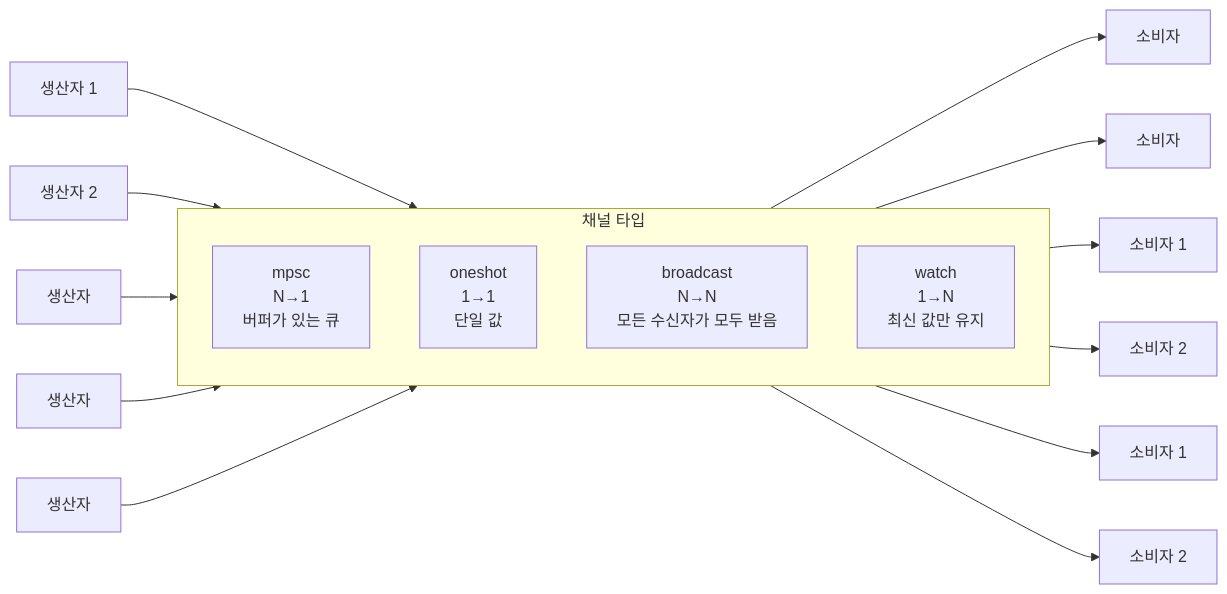
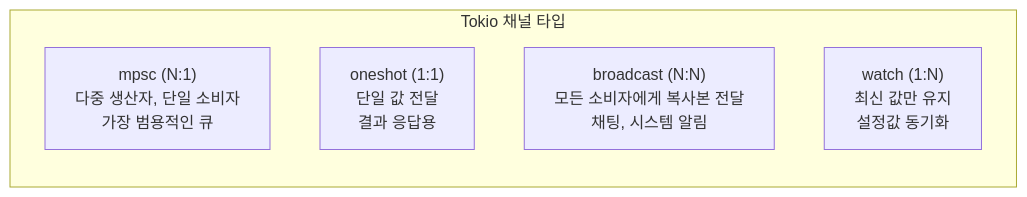
Before and after one commit to partrita/RustTraining: the diagram in async-book/src/ch08-tokio-deep-dive.md, drawn with Mermaid. The commit also changed other lines of this file and 157 other files, not shown here.

````diff
--- a/async-book/src/ch08-tokio-deep-dive.md
+++ b/async-book/src/ch08-tokio-deep-dive.md
@@ -192,25 +39,10 @@
 ```mermaid
 graph LR
-    subgraph "채널 타입"
+    subgraph "Tokio 채널 타입"
         direction TB
-        MPSC["mpsc<br/>N→1<br/>버퍼가 있는 큐"]
-        ONESHOT["oneshot<br/>1→1<br/>단일 값"]
-        BROADCAST["broadcast<br/>N→N<br/>모든 수신자가 모두 받음"]
-        WATCH["watch<br/>1→N<br/>최신 값만 유지"]
+        MPSC["mpsc (N:1)<br/>다중 생산자, 단일 소비자<br/>가장 범용적인 큐"]
+        ONESHOT["oneshot (1:1)<br/>단일 값 전달<br/>결과 응답용"]
+        BROADCAST["broadcast (N:N)<br/>모든 소비자에게 복사본 전달<br/>채팅, 시스템 알림"]
+        WATCH["watch (1:N)<br/>최신 값만 유지<br/>설정값 동기화"]
     end
-
-    P1["생산자 1"] --> MPSC
-    P2["생산자 2"] --> MPSC
-    MPSC --> C1["소비자"]
-
-    P3["생산자"] --> ONESHOT
-    ONESHOT --> C2["소비자"]
-
-    P4["생산자"] --> BROADCAST
-    BROADCAST --> C3["소비자 1"]
-    BROADCAST --> C4["소비자 2"]
-
-    P5["생산자"] --> WATCH
-    WATCH --> C5["소비자 1"]
-    WATCH --> C6["소비자 2"]
 ```
````
